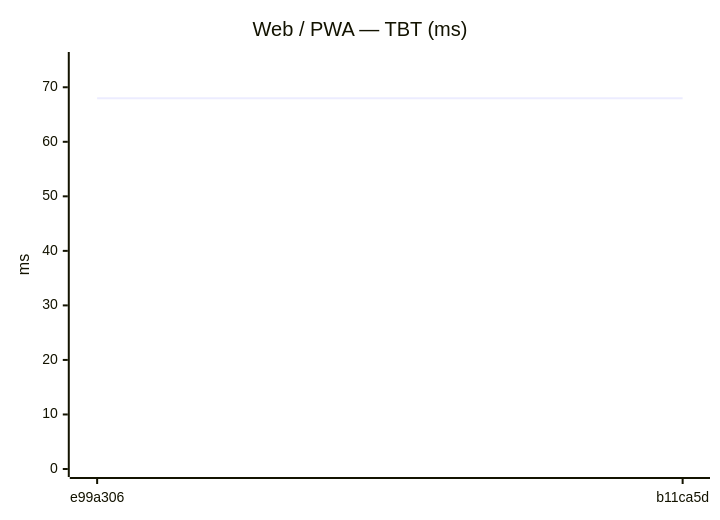
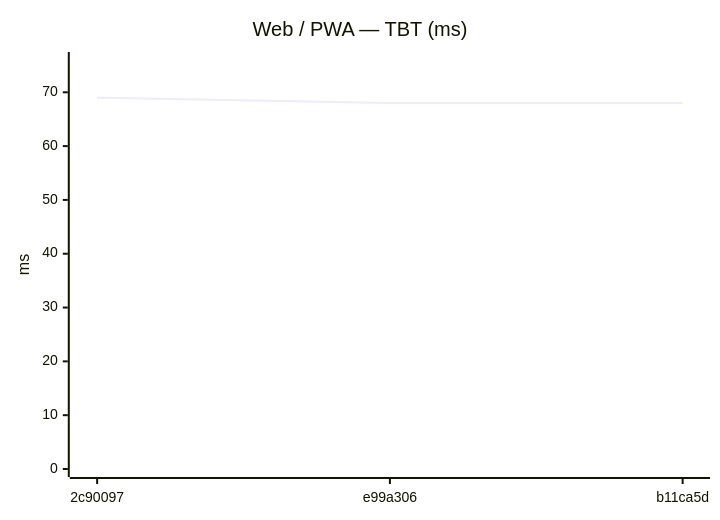
One commit to Metaheurist/Rianell changed the tenth of 24 diagrams in Benchmarks/compare.md. Above: the diagram before and after it, drawn with Mermaid. The commit also changed other lines of this file and 12 other files, not shown here.

````diff
--- a/Benchmarks/compare.md
+++ b/Benchmarks/compare.md
@@ -116,7 +121,7 @@
 ```mermaid
 xychart-beta
     title "Web / PWA — TBT (ms)"
-    x-axis ["e99a306", "b11ca5d"]
-    y-axis "ms" 0 --> 75
-    line [68, 68]
+    x-axis ["2c90097", "e99a306", "b11ca5d"]
+    y-axis "ms" 0 --> 76
+    line [69, 68, 68]
 ```
````
